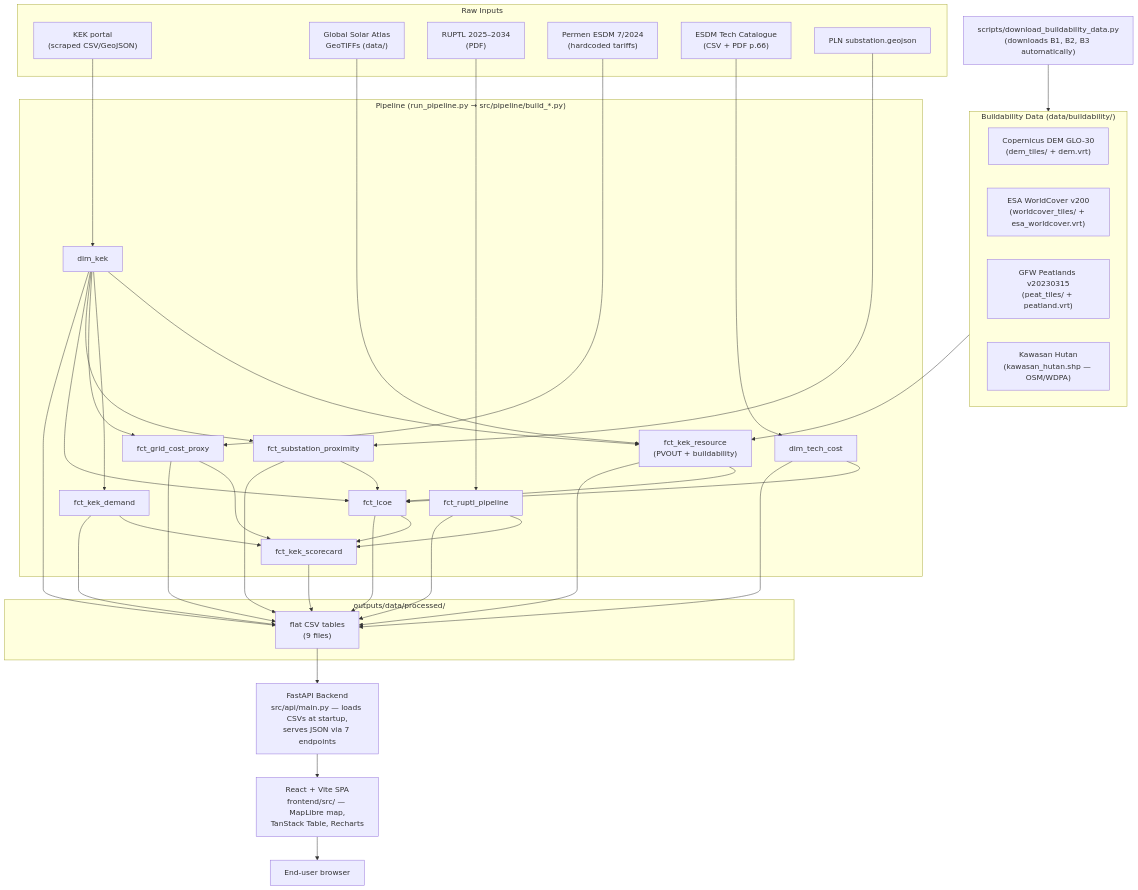
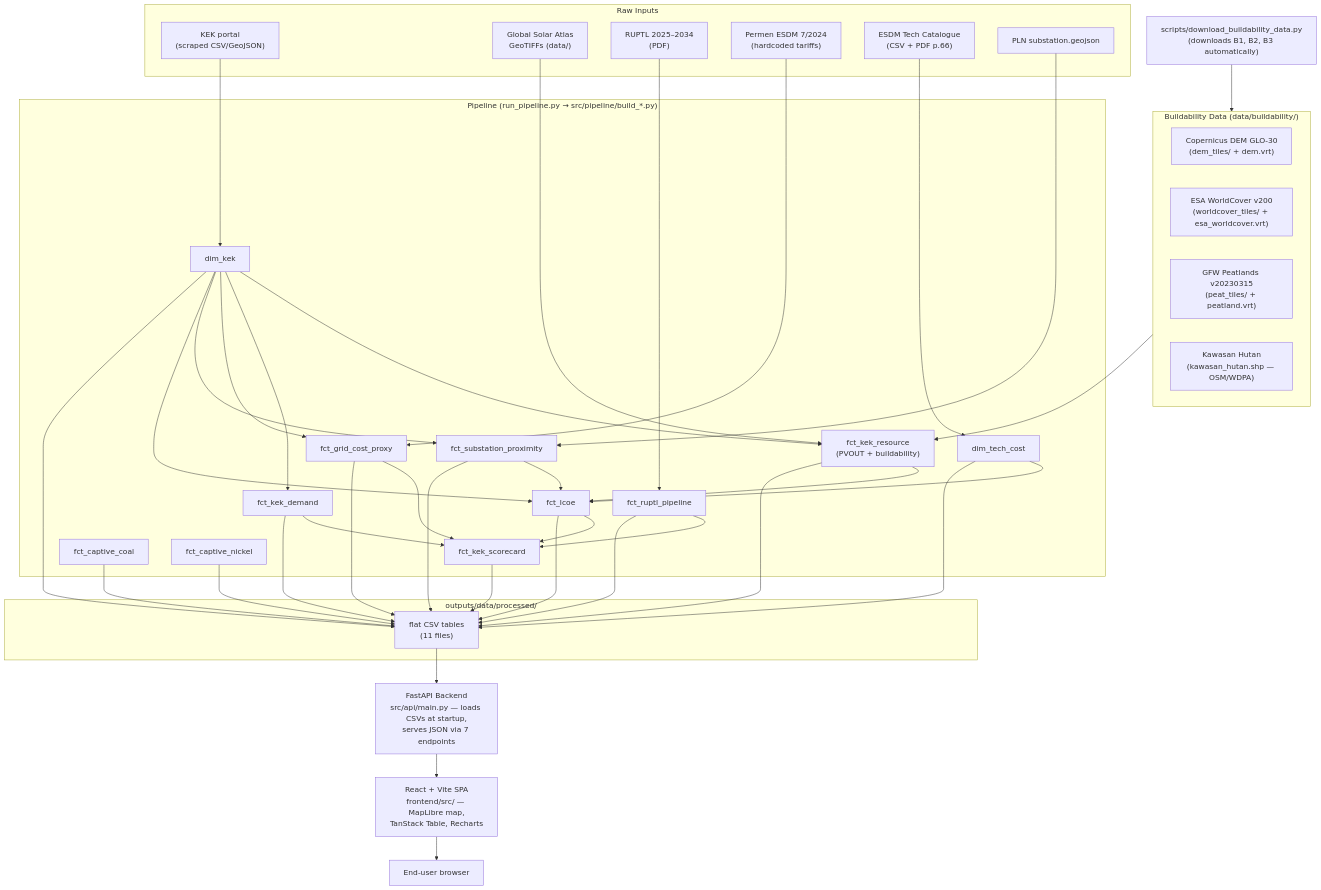
Before and after one commit to shaanbarca/sez-renewable-energy-dashboard: the diagram in ARCHITECTURE.md, drawn with Mermaid. The commit also changed other lines of this file and 6 other files, not shown here.

````diff
--- a/ARCHITECTURE.md
+++ b/ARCHITECTURE.md
@@ -21,67 +21,69 @@
 ```mermaid
 flowchart TD
     subgraph RAW["Raw Inputs"]
         A1["KEK portal\n(scraped CSV/GeoJSON)"]
         A2["Global Solar Atlas\nGeoTIFFs (data/)"]
         A3["RUPTL 2025–2034\n(PDF)"]
         A4["Permen ESDM 7/2024\n(hardcoded tariffs)"]
         A5["ESDM Tech Catalogue\n(CSV + PDF p.66)"]
         A6["PLN substation.geojson"]
     end
 
     subgraph BUILDABILITY["Buildability Data (data/buildability/)"]
         B1["Copernicus DEM GLO-30\n(dem_tiles/ + dem.vrt)"]
         B2["ESA WorldCover v200\n(worldcover_tiles/ + esa_worldcover.vrt)"]
         B3["GFW Peatlands v20230315\n(peat_tiles/ + peatland.vrt)"]
         B4["Kawasan Hutan\n(kawasan_hutan.shp — OSM/WDPA)"]
     end
 
     DL["scripts/download_buildability_data.py\n(downloads B1, B2, B3 automatically)"]
 
     subgraph PIPELINE["Pipeline (run_pipeline.py → src/pipeline/build_*.py)"]
         P1["dim_kek"]
         P2["dim_tech_cost"]
         P3["fct_kek_resource\n(PVOUT + buildability)"]
         P4["fct_kek_demand"]
         P5["fct_grid_cost_proxy"]
         P6["fct_ruptl_pipeline"]
         P7["fct_substation_proximity"]
         P8["fct_lcoe"]
         P9["fct_kek_scorecard"]
+        P10["fct_captive_coal"]
+        P11["fct_captive_nickel"]
     end
 
     subgraph OUTPUTS["outputs/data/processed/"]
-        O1["flat CSV tables\n(9 files)"]
+        O1["flat CSV tables\n(11 files)"]
     end
 
     API["FastAPI Backend\nsrc/api/main.py — loads CSVs at startup,\nserves JSON via 7 endpoints"]
     FRONTEND["React + Vite SPA\nfrontend/src/ — MapLibre map,\nTanStack Table, Recharts"]
     BROWSER["End-user browser"]
 
     A1 --> P1
     A2 --> P3
     A3 --> P6
     A4 --> P5
     A5 --> P2
     A6 --> P7
     BUILDABILITY --> P3
     DL --> BUILDABILITY
 
     P1 --> P3
     P1 --> P4
     P1 --> P5
     P1 --> P7
     P1 --> P8
     P2 --> P8
     P3 --> P8
     P7 --> P8
     P8 --> P9
     P5 --> P9
     P6 --> P9
     P4 --> P9
 
-    P1 & P2 & P3 & P4 & P5 & P6 & P7 & P8 & P9 --> O1
+    P1 & P2 & P3 & P4 & P5 & P6 & P7 & P8 & P9 & P10 & P11 --> O1
     O1 --> API
     API --> FRONTEND
     FRONTEND --> BROWSER
 ```
````
